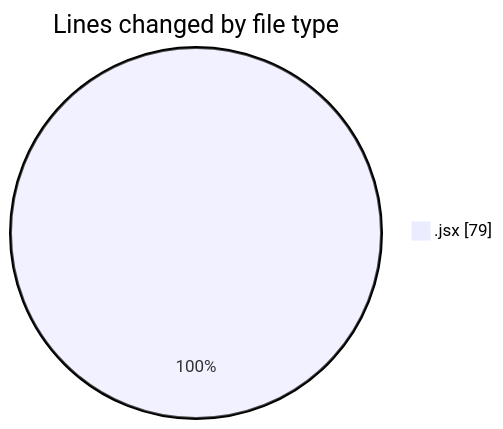
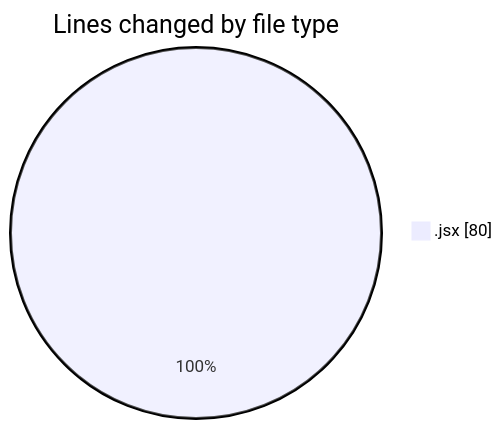
The first of 2 diagrams in 2025-05-16/argos-dev/README.md (nxtqubesakshisongat/code-tracking), drawn with Mermaid before and after one commit. The commit also changed other lines of this file and 1 other file, not shown here.

````diff
--- a/2025-05-16/argos-dev/README.md
+++ b/2025-05-16/argos-dev/README.md
@@ -20,5 +20,5 @@
 ```mermaid
 pie showData
 title Lines changed by file type
-".jsx" : 79
+".jsx" : 80
 ```
````
